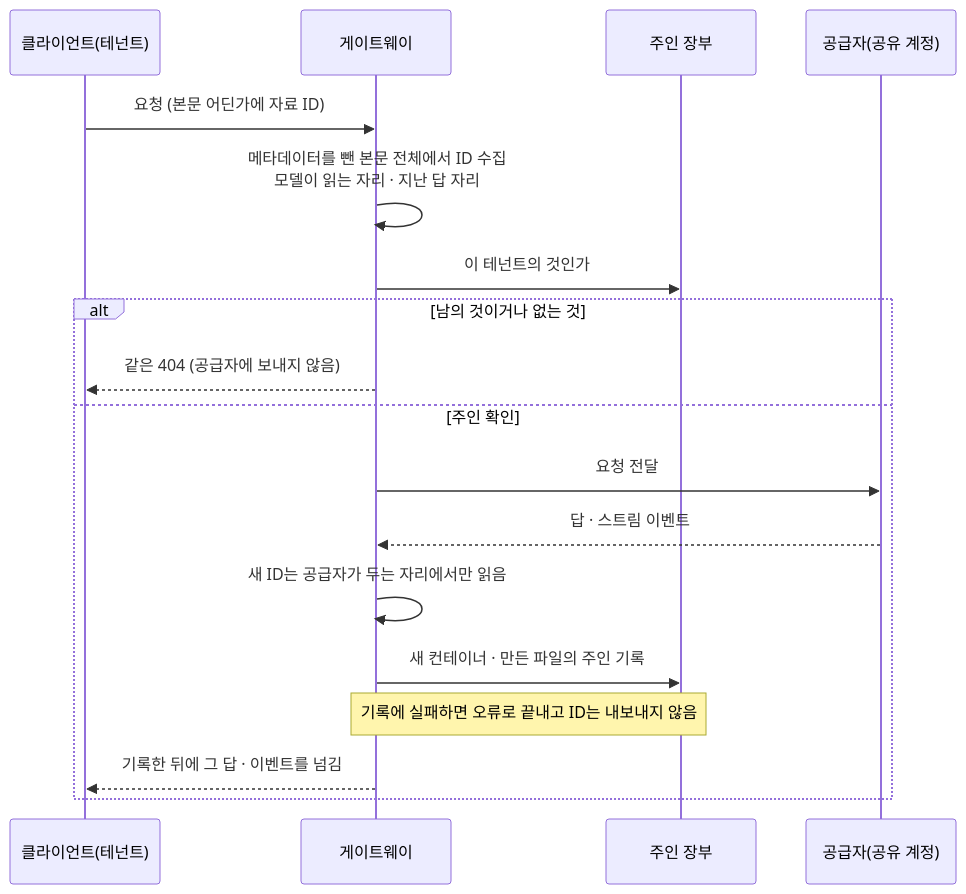
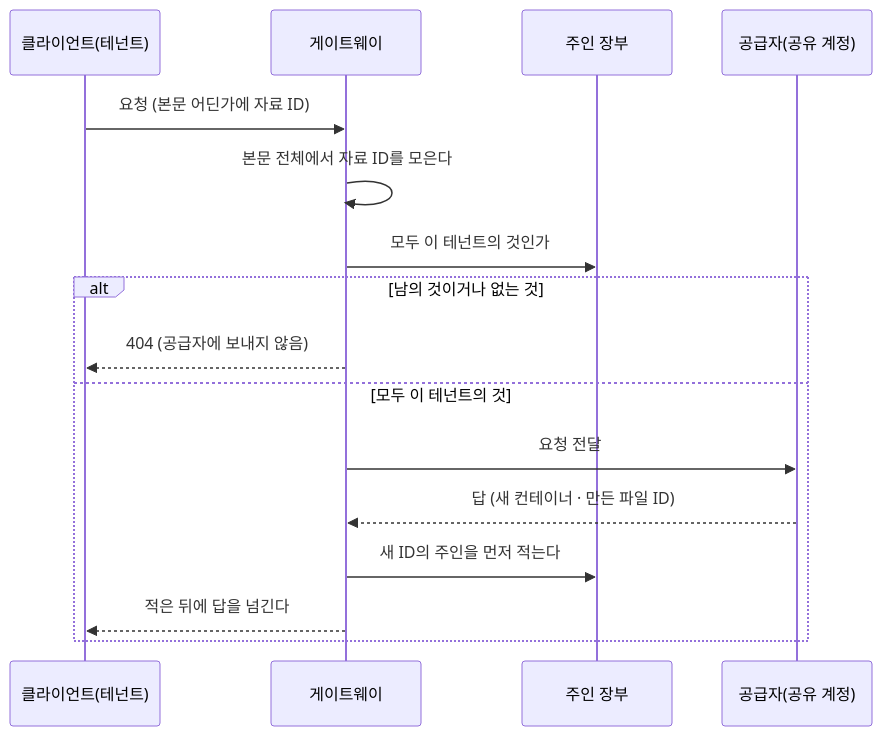
One commit to 06171002/06171002.github.io changed the diagram in src/content/features/llm/tenant-isolation/diagram-1.mmd. Above: the diagram before and after it, drawn with Mermaid. The commit also changed 8 other files, not shown here.

```diff
--- a/src/content/features/llm/tenant-isolation/diagram-1.mmd
+++ b/src/content/features/llm/tenant-isolation/diagram-1.mmd
@@ -1,18 +1,16 @@
 sequenceDiagram
     participant c as 클라이언트(테넌트)
     participant g as 게이트웨이
     participant l as 주인 장부
     participant p as 공급자(공유 계정)
     c->>g: 요청 (본문 어딘가에 자료 ID)
-    g->>g: 메타데이터를 뺀 본문 전체에서 ID 수집<br/>모델이 읽는 자리 · 지난 답 자리
-    g->>l: 이 테넌트의 것인가
+    g->>g: 본문 전체에서 자료 ID를 모은다
+    g->>l: 모두 이 테넌트의 것인가
     alt 남의 것이거나 없는 것
-        g-->>c: 같은 404 (공급자에 보내지 않음)
-    else 주인 확인
+        g-->>c: 404 (공급자에 보내지 않음)
+    else 모두 이 테넌트의 것
         g->>p: 요청 전달
-        p-->>g: 답 · 스트림 이벤트
-        g->>g: 새 ID는 공급자가 두는 자리에서만 읽음
-        g->>l: 새 컨테이너 · 만든 파일의 주인 기록
-        Note over g,l: 기록에 실패하면 오류로 끝내고 ID는 내보내지 않음
-        g-->>c: 기록한 뒤에 그 답 · 이벤트를 넘김
+        p-->>g: 답 (새 컨테이너 · 만든 파일 ID)
+        g->>l: 새 ID의 주인을 먼저 적는다
+        g-->>c: 적은 뒤에 답을 넘긴다
     end
```
